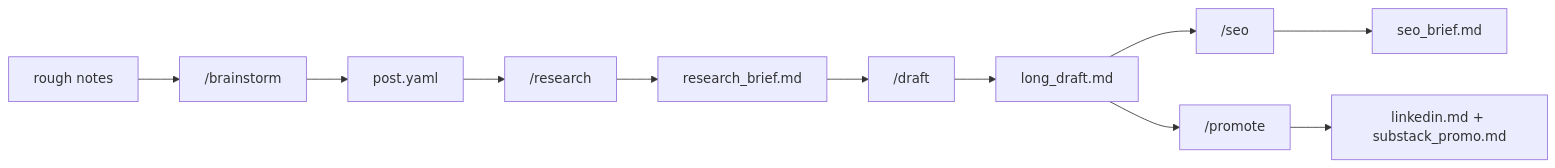
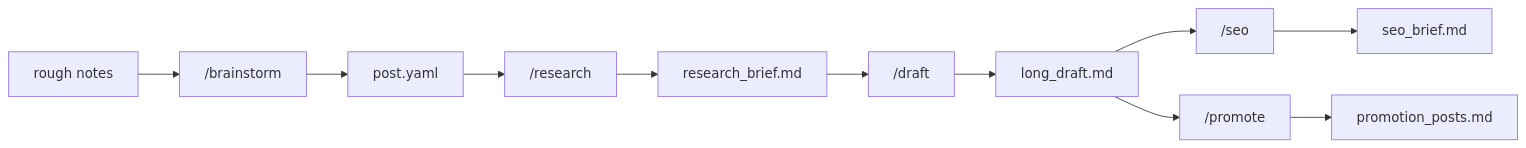
One commit to JoseParrenoGarcia/newsletter-engine changed the diagram in README.md. Above: the diagram before and after it, drawn with Mermaid. The commit also changed other lines of this file and 9 other files, not shown here.

Commit message:
Promotion posts

````diff
--- a/README.md
+++ b/README.md
@@ -9,13 +9,13 @@
 ```mermaid
 graph LR
     A[rough notes] --> B["/brainstorm"]
     B --> C[post.yaml]
     C --> D["/research"]
     D --> E[research_brief.md]
     E --> F["/draft"]
     F --> G[long_draft.md]
     G --> H["/seo"]
     G --> I["/promote"]
     H --> J[seo_brief.md]
-    I --> K[linkedin.md + substack_promo.md]
+    I --> K[promotion_posts.md]
 ```
````
